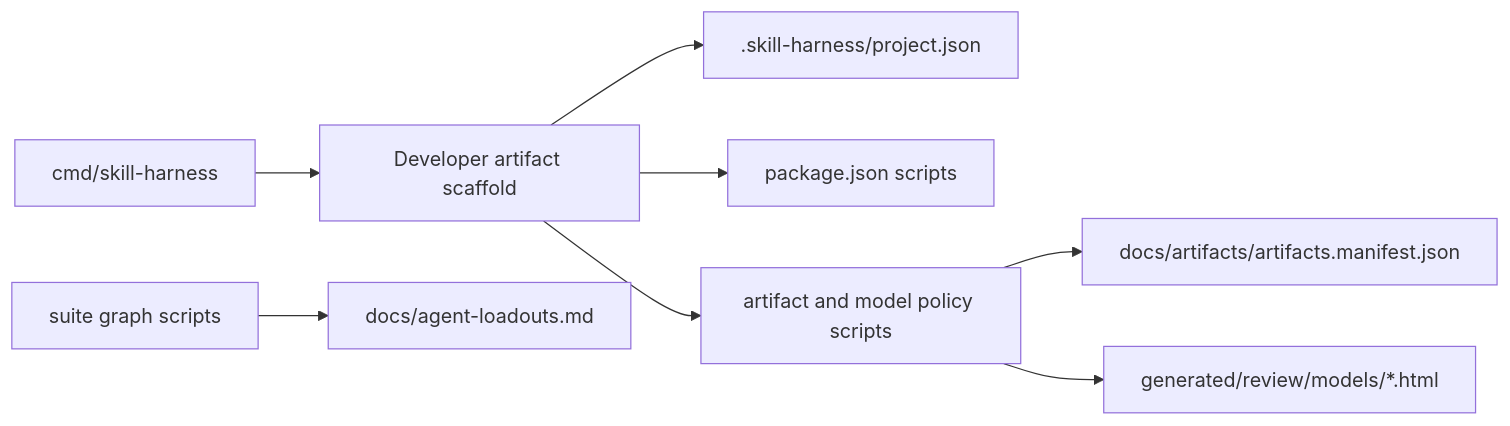
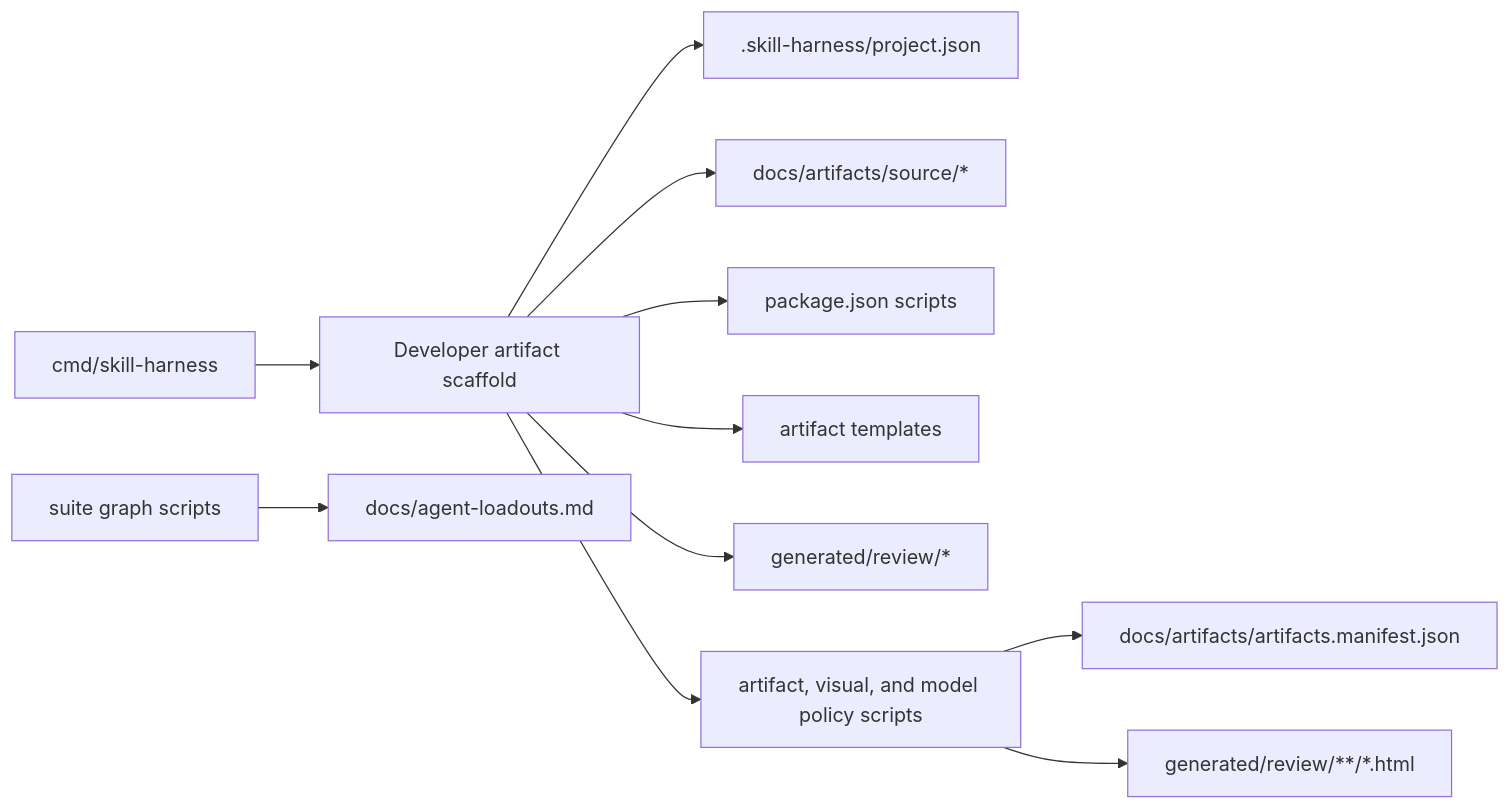
The diagram in docs/artifacts/source/models/sh-component-scaffold-engine.md (45ck/skill-harness), drawn with Mermaid before and after one commit. The commit also changed 45 other files, not shown here.

Commit message:
Add visual source-first artifact doctrine

````diff
--- a/docs/artifacts/source/models/sh-component-scaffold-engine.md
+++ b/docs/artifacts/source/models/sh-component-scaffold-engine.md
@@ -46,10 +46,13 @@
 ```mermaid
 flowchart LR
   CLI["cmd/skill-harness"] --> Scaffold["Developer artifact scaffold"]
   Scaffold --> ProjectConfig[".skill-harness/project.json"]
+  Scaffold --> SourceDirs["docs/artifacts/source/*"]
   Scaffold --> PackageScripts["package.json scripts"]
-  Scaffold --> PolicyScripts["artifact and model policy scripts"]
+  Scaffold --> Templates["artifact templates"]
+  Scaffold --> ReviewDirs["generated/review/*"]
+  Scaffold --> PolicyScripts["artifact, visual, and model policy scripts"]
   PolicyScripts --> Manifest["docs/artifacts/artifacts.manifest.json"]
-  PolicyScripts --> ReviewHTML["generated/review/models/*.html"]
+  PolicyScripts --> ReviewHTML["generated/review/**/*.html"]
   SuiteScripts["suite graph scripts"] --> LoadoutDocs["docs/agent-loadouts.md"]
 ```
````
